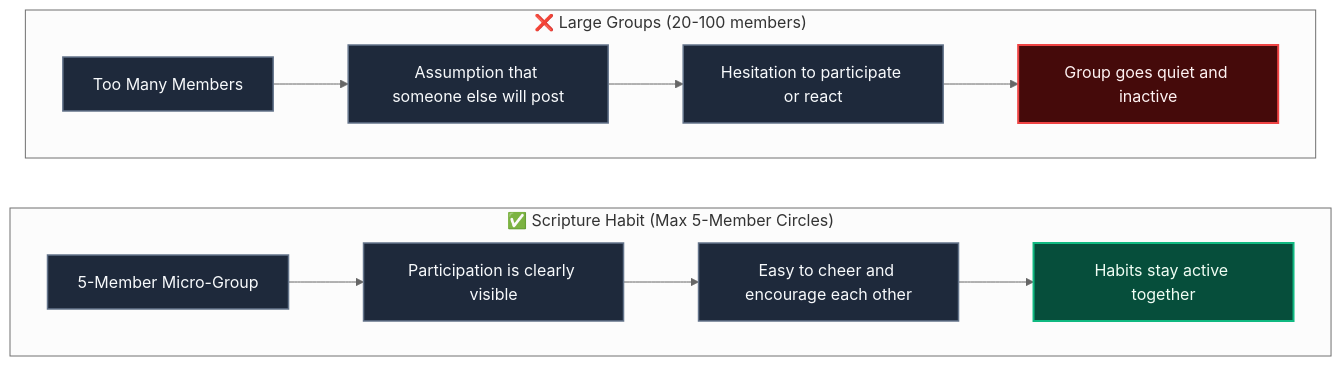
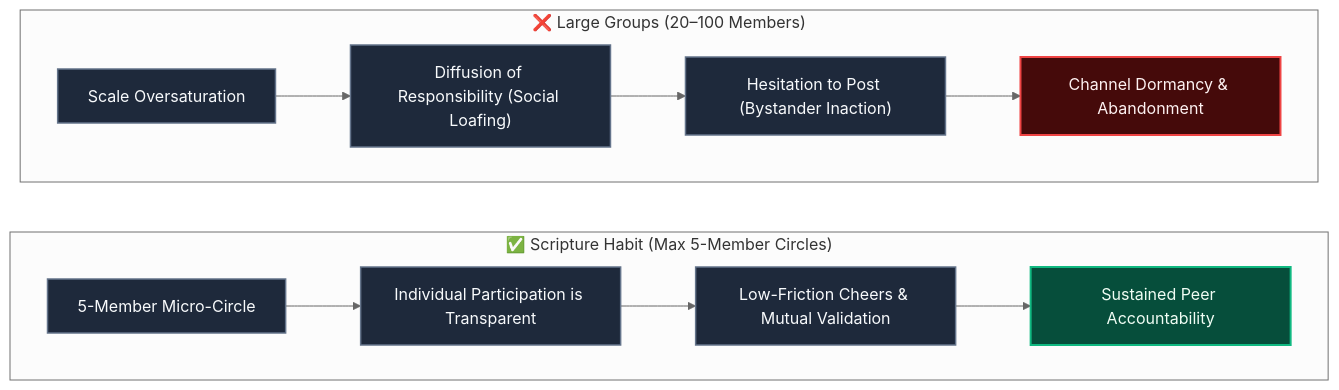
The first of 2 diagrams in docs/ux-small-groups-and-peer-accountability.md (ScriptureHabit/scripture-habit), drawn with Mermaid (neutral theme) before and after one commit. The commit also changed other lines of this file and 57 other files, not shown here.

Commit message:
docs: refine documentation prose and add structured diagram breakdowns across JA and EN

````diff
--- a/docs/ux-small-groups-and-peer-accountability.md
+++ b/docs/ux-small-groups-and-peer-accountability.md
@@ -15,20 +15,20 @@
 ```mermaid
 flowchart TD
     classDef good fill:#064e3b,stroke:#10b981,stroke-width:2px,color:#f0fdf4;
     classDef bad fill:#450a0a,stroke:#ef4444,stroke-width:2px,color:#fef2f2;
     classDef step fill:#1e293b,stroke:#64748b,stroke-width:1.5px,color:#f8fafc;
 
-    subgraph SG_Large["❌ Large Groups (20-100 members)"]
-        A1["Too Many Members"]:::step --> B1["Assumption that someone else will post"]:::step
-        B1 --> C1["Hesitation to participate or react"]:::step
-        C1 --> D1["Group goes quiet and inactive"]:::bad
+    subgraph SG_Large["❌ Large Groups (20–100 Members)"]
+        A1["Scale Oversaturation"]:::step --> B1["Diffusion of Responsibility (Social Loafing)"]:::step
+        B1 --> C1["Hesitation to Post (Bystander Inaction)"]:::step
+        C1 --> D1["Channel Dormancy & Abandonment"]:::bad
     end
 
     subgraph SG_Habit["✅ Scripture Habit (Max 5-Member Circles)"]
-        A2["5-Member Micro-Group"]:::step --> B2["Participation is clearly visible"]:::step
-        B2 --> C2["Easy to cheer and encourage each other"]:::step
-        C2 --> D2["Habits stay active together"]:::good
+        A2["5-Member Micro-Circle"]:::step --> B2["Individual Participation is Transparent"]:::step
+        B2 --> C2["Low-Friction Cheers & Mutual Validation"]:::step
+        C2 --> D2["Sustained Peer Accountability"]:::good
     end
 
     SG_Large ~~~ SG_Habit
 ```
````
